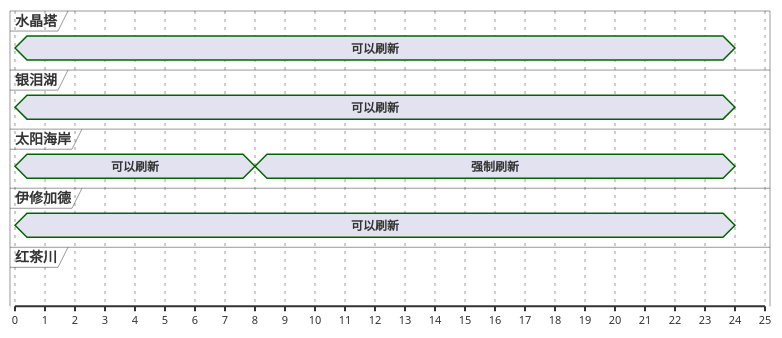
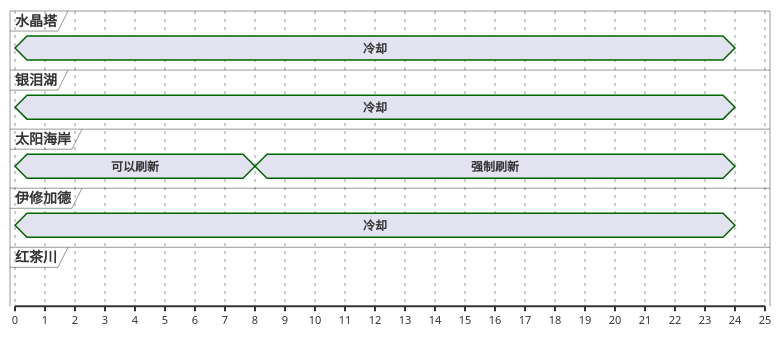
Before and after one commit to Eroleice/doc-pi: the fourth of 13 diagrams in ffxiv/hunt/2.0/Nunyunuwi.md, drawn with PlantUML. The commit also changed other lines of this file and 38 other files, not shown here.

````diff
--- a/ffxiv/hunt/2.0/Nunyunuwi.md
+++ b/ffxiv/hunt/2.0/Nunyunuwi.md
@@ -199,32 +190,29 @@
 ```plantuml
 @startuml
 scale 1 as 30 pixels
 
 concise 水晶塔
 concise 银泪湖
 concise 太阳海岸
 concise 伊修加德
 concise 红茶川
 
-@银泪湖
-0 is 可以刷新
-0 is 强制刷新
-24 is {hidden}
-
-@伊修加德
-0 is 可以刷新
-0 is 强制刷新
-24 is {hidden}
-
-@水晶塔
-0 is 可以刷新
-0 is 强制刷新
-24 is {hidden}
-
 @太阳海岸
 0 is 可以刷新
 8 is 强制刷新
 24 is {hidden}
 
+@银泪湖
+0 is 冷却
+24 is {hidden}
+
+@伊修加德
+0 is 冷却
+24 is {hidden}
+
+@水晶塔
+0 is 冷却
+24 is {hidden}
+
 @enduml
 ```
````
